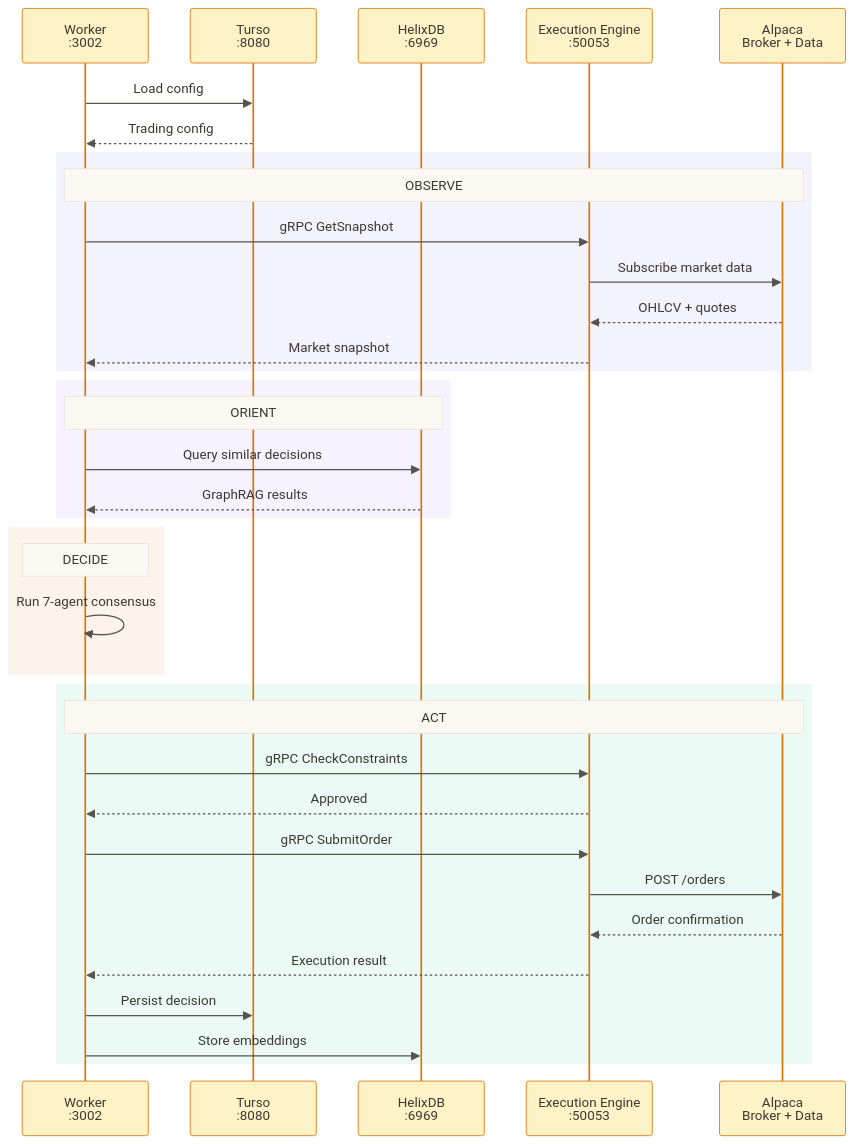
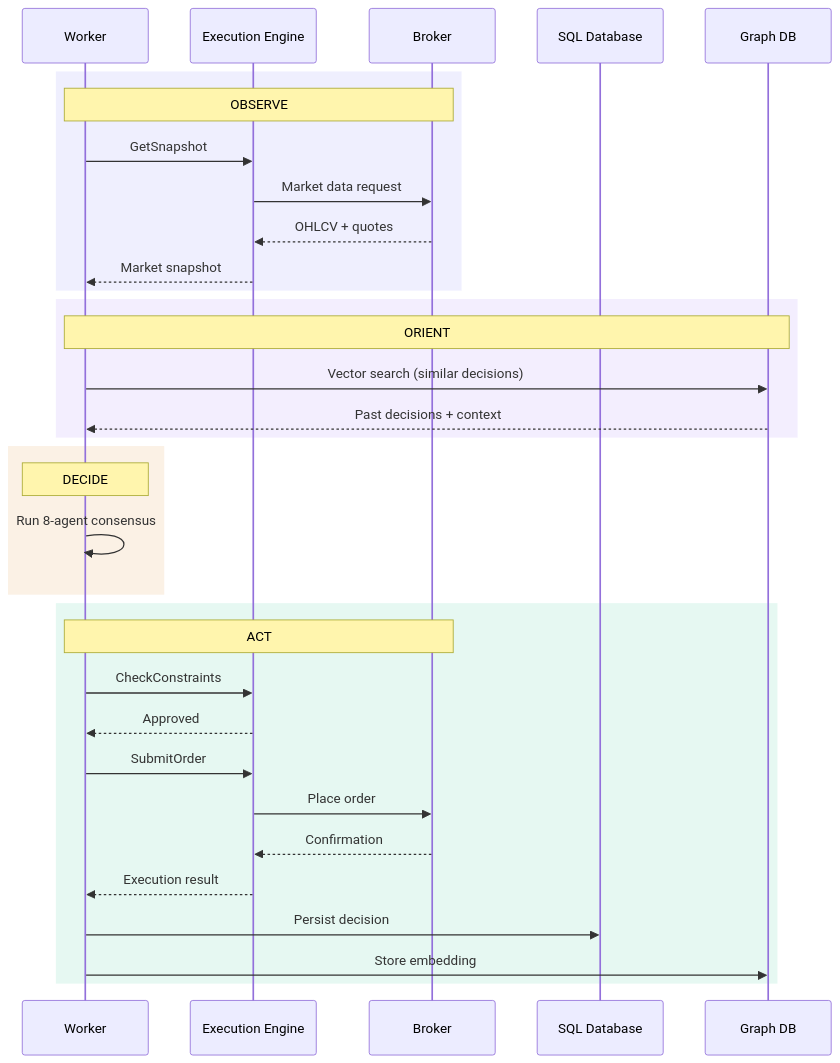
One commit to ccheney/cream changed the fourth of 8 diagrams in ARCHITECTURE.md. Above: the diagram before and after it, drawn with Mermaid. The commit also changed other lines of this file, not shown here.

Commit message:
refactor: update architecture documentation for clarity and accuracy, removing outdated references and enhancing structure

````diff
--- a/ARCHITECTURE.md
+++ b/ARCHITECTURE.md
@@ -109,43 +173,39 @@
 ```mermaid
-%%{init: {'theme': 'base', 'themeVariables': { 'primaryColor': '#FEF3C7', 'primaryTextColor': '#3D3832', 'lineColor': '#78716C', 'actorBkg': '#FEF3C7', 'actorBorder': '#D97706', 'actorTextColor': '#3D3832', 'activationBkgColor': '#F5F1EA', 'activationBorderColor': '#D97706', 'signalColor': '#57534E', 'signalTextColor': '#3D3832', 'noteBkgColor': '#FBF8F3', 'noteBorderColor': '#EBE5DA', 'noteTextColor': '#3D3832'}}}%%
 sequenceDiagram
-    participant W as Worker<br/>:3002
-    participant T as Turso<br/>:8080
-    participant H as HelixDB<br/>:6969
-    participant E as Execution Engine<br/>:50053
-    participant B as Alpaca<br/>Broker + Data
+    participant W as Worker
+    participant E as Execution Engine
+    participant B as Broker
+    participant SQL as SQL Database
+    participant G as Graph DB
 
-    W->>T: Load config
-    T-->>W: Trading config
-
-    rect rgba(99, 102, 241, 0.08)
+    rect rgba(99, 102, 241, 0.1)
         Note over W,B: OBSERVE
-        W->>E: gRPC GetSnapshot
-        E->>B: Subscribe market data
+        W->>E: GetSnapshot
+        E->>B: Market data request
         B-->>E: OHLCV + quotes
         E-->>W: Market snapshot
     end
 
-    rect rgba(139, 92, 246, 0.08)
-        Note over W,H: ORIENT
-        W->>H: Query similar decisions
-        H-->>W: GraphRAG results
+    rect rgba(139, 92, 246, 0.1)
+        Note over W,G: ORIENT
+        W->>G: Vector search (similar decisions)
+        G-->>W: Past decisions + context
     end
 
-    rect rgba(217, 119, 6, 0.08)
+    rect rgba(217, 119, 6, 0.1)
         Note over W: DECIDE
-        W->>W: Run 7-agent consensus
+        W->>W: Run 8-agent consensus
     end
 
-    rect rgba(16, 185, 129, 0.08)
+    rect rgba(16, 185, 129, 0.1)
         Note over W,B: ACT
-        W->>E: gRPC CheckConstraints
+        W->>E: CheckConstraints
         E-->>W: Approved
-        W->>E: gRPC SubmitOrder
-        E->>B: POST /orders
-        B-->>E: Order confirmation
+        W->>E: SubmitOrder
+        E->>B: Place order
+        B-->>E: Confirmation
         E-->>W: Execution result
-        W->>T: Persist decision
-        W->>H: Store embeddings
+        W->>SQL: Persist decision
+        W->>G: Store embedding
     end
 ```
````
